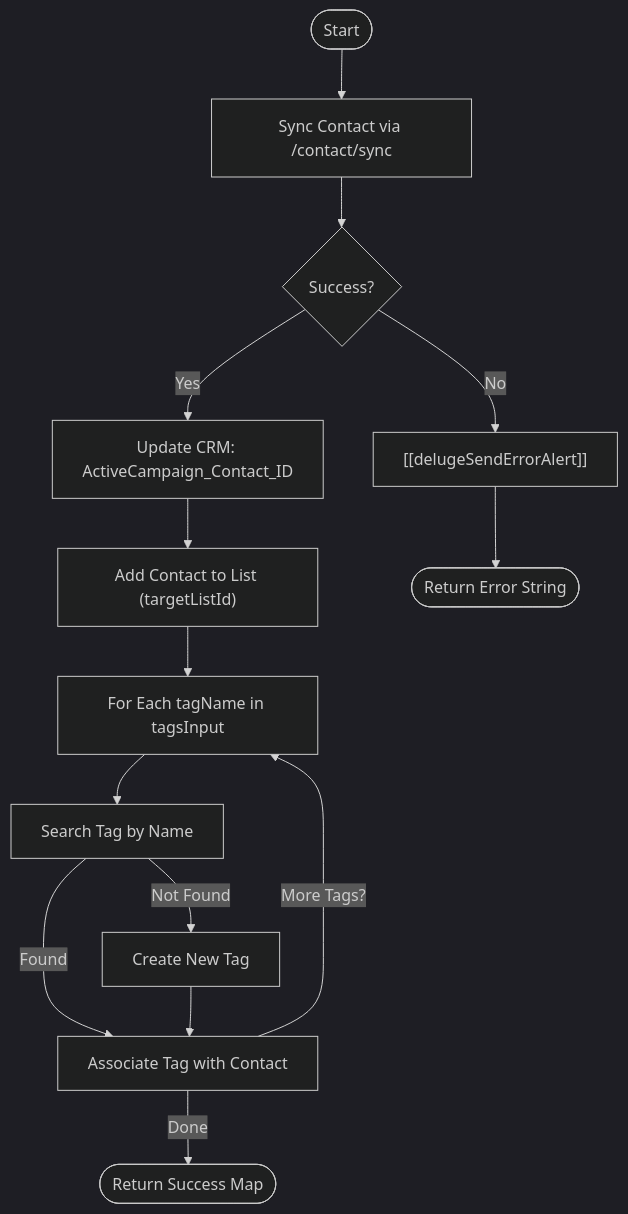
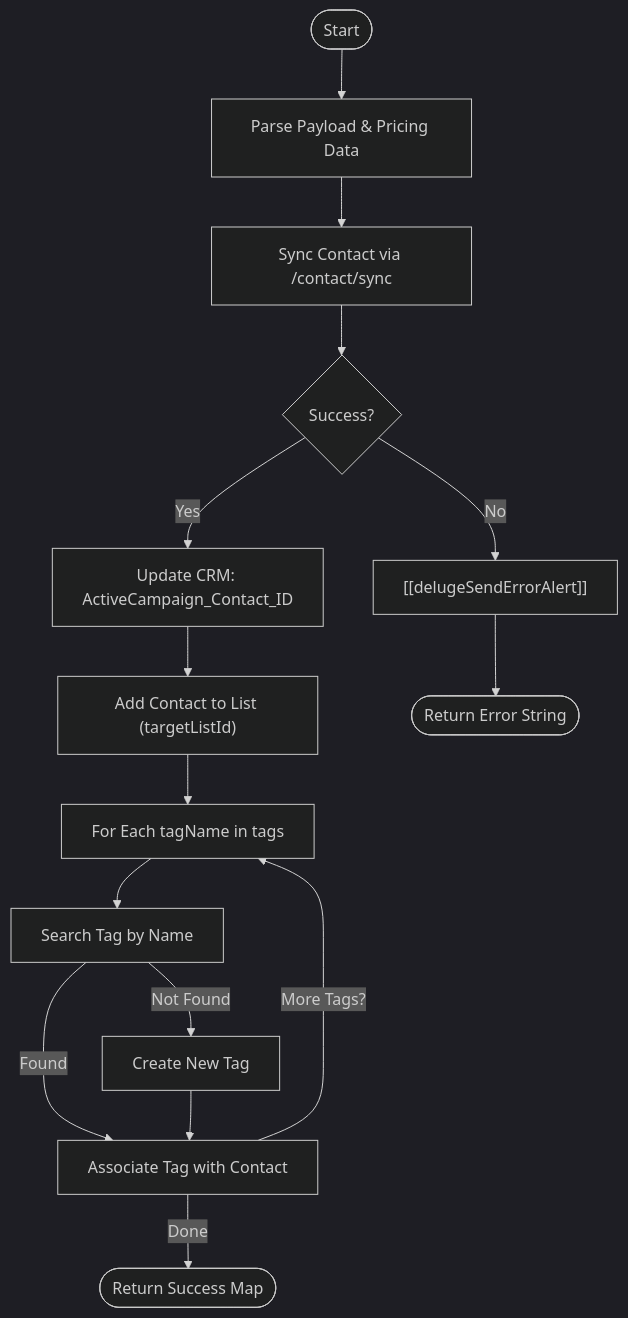
Before and after one commit to martinkp93/zoho-scripts: the diagram in Acquisition and Onboarding/Marketing/ActiveCampaign/ActiveCampaign Handler/delugeActiveCampaignHandler.md, drawn with Mermaid (dark theme). The commit also changed other lines of this file, not shown here.

Commit message:
Update delugeActiveCampaignHandler.md docs via DeluluDocu

````diff
--- a/Acquisition and Onboarding/Marketing/ActiveCampaign/ActiveCampaign Handler/delugeActiveCampaignHandler.md
+++ b/Acquisition and Onboarding/Marketing/ActiveCampaign/ActiveCampaign Handler/delugeActiveCampaignHandler.md
@@ -39,21 +37,22 @@
 ```mermaid
 graph TD
-    Start(["Start"]) --> Sync["Sync Contact via /contact/sync"]
+    Start(["Start"]) --> Parse["Parse Payload & Pricing Data"]
+    Parse --> Sync["Sync Contact via /contact/sync"]
     Sync --> CheckSync{Success?}
     
     CheckSync -- "No" --> Err1["[[delugeSendErrorAlert]]"]
     CheckSync -- "Yes" --> UpdateCRM["Update CRM: ActiveCampaign_Contact_ID"]
     
     UpdateCRM --> ListAdd["Add Contact to List (targetListId)"]
-    ListAdd --> TagLoop["For Each tagName in tagsInput"]
+    ListAdd --> TagLoop["For Each tagName in tags"]
     
     TagLoop --> SearchTag["Search Tag by Name"]
     SearchTag -- "Not Found" --> CreateTag["Create New Tag"]
     SearchTag -- "Found" --> ApplyTag["Associate Tag with Contact"]
     CreateTag --> ApplyTag
     
     ApplyTag -- "More Tags?" --> TagLoop
     ApplyTag -- "Done" --> End(["Return Success Map"])
     
     Err1 --> EndErr(["Return Error String"])
 ```
````
